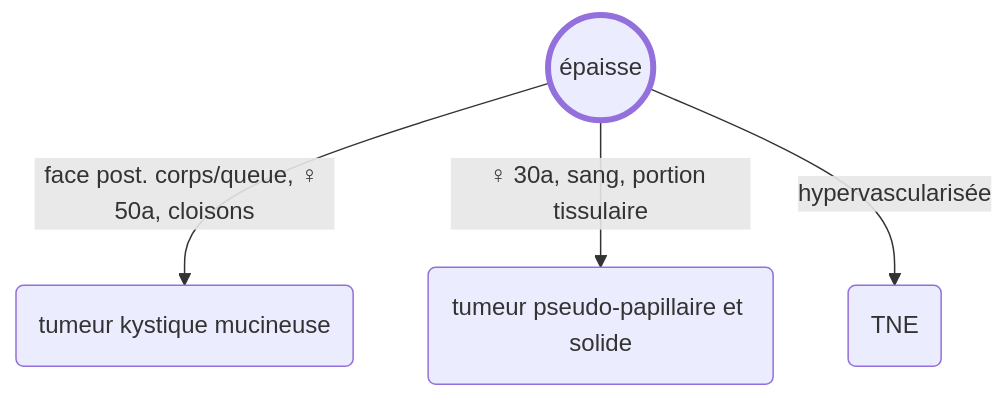
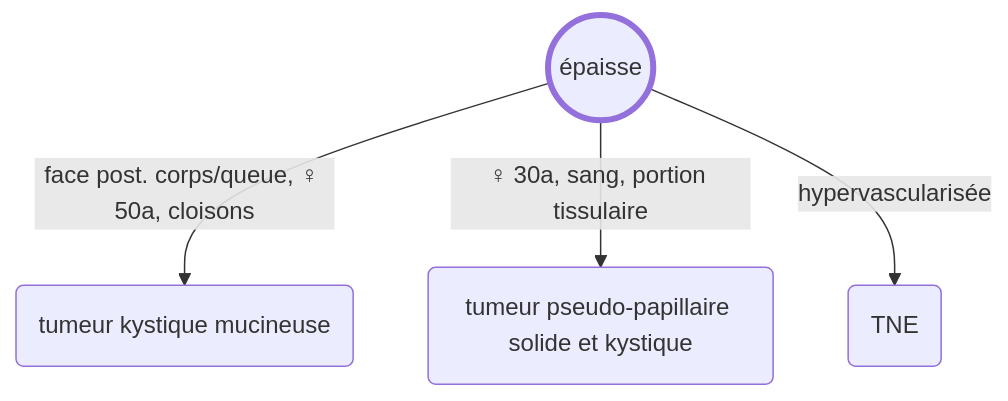
Before and after one commit to drlefevre/drlef: the third of 3 diagrams in docs/dig/pancreas.md, drawn with Mermaid. The commit also changed 6 other files, not shown here.

````diff
--- a/docs/dig/pancreas.md
+++ b/docs/dig/pancreas.md
@@ -116,7 +116,7 @@
     ``` mermaid
     flowchart TD
         style F stroke-width:4px
         F((épaisse)) -->|face post. corps/queue, ♀ 50a, cloisons| I(tumeur kystique mucineuse);
-        F -->|♀ 30a, sang, portion tissulaire| J(tumeur pseudo-papillaire et solide); 
+        F -->|♀ 30a, sang, portion tissulaire| J(tumeur pseudo-papillaire solide et kystique); 
         F -->|hypervascularisée| K(TNE);
     ```
````
